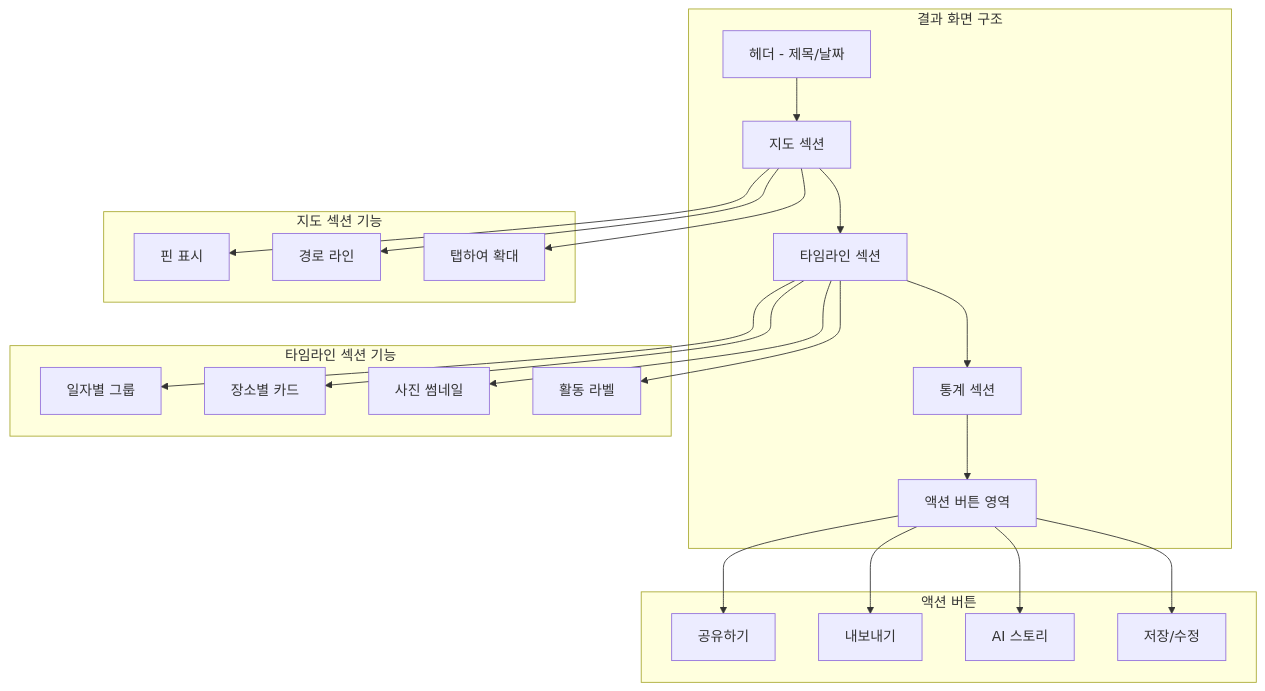
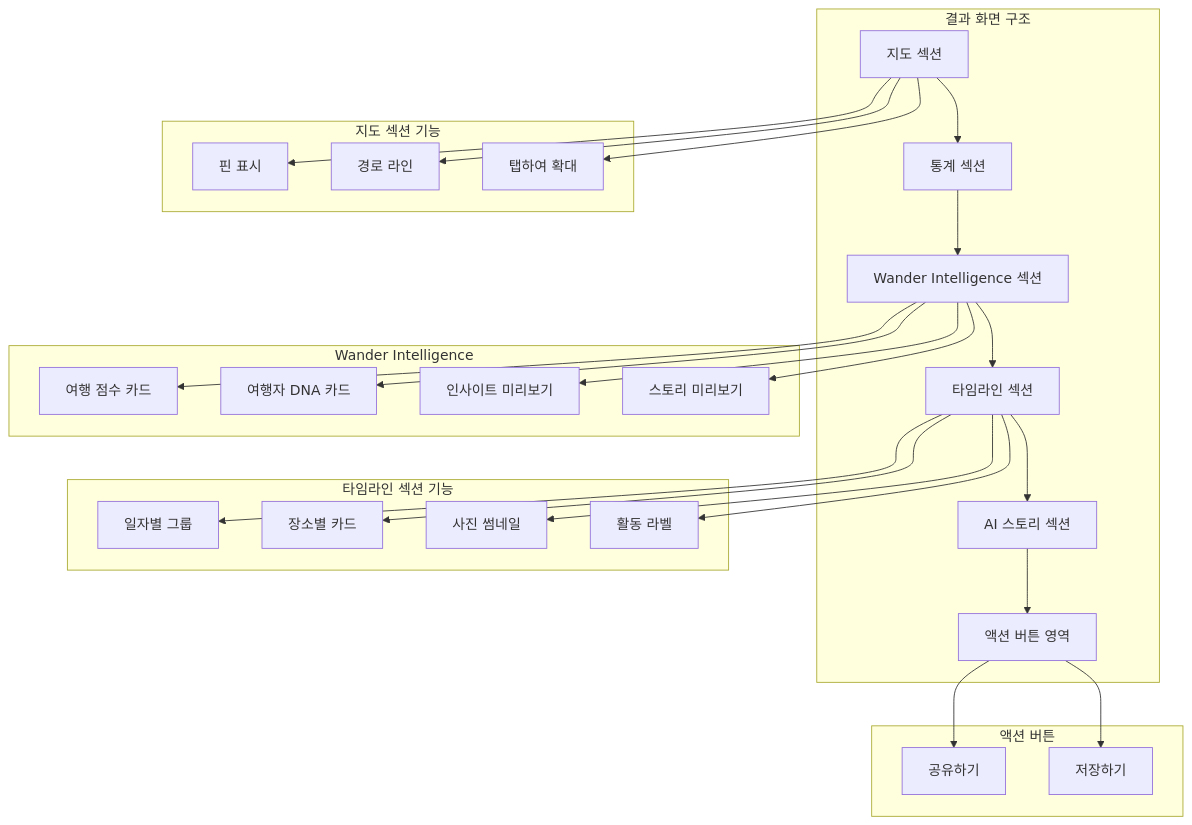
Diagram 13 of 44 in Ref-Concepts/wander_ui_scenario.md (leonardo204/Wander), drawn with Mermaid before and after one commit. The commit also changed other lines of this file and 22 other files, not shown here.

````diff
--- a/Ref-Concepts/wander_ui_scenario.md
+++ b/Ref-Concepts/wander_ui_scenario.md
@@ -973,35 +983,42 @@
 ```mermaid
 graph TB
     subgraph "결과 화면 구조"
-        A[헤더 - 제목/날짜]
-        B[지도 섹션]
-        C[타임라인 섹션]
-        D[통계 섹션]
-        E[액션 버튼 영역]
+        A[지도 섹션]
+        B[통계 섹션]
+        C[Wander Intelligence 섹션]
+        D[타임라인 섹션]
+        E[AI 스토리 섹션]
+        F[액션 버튼 영역]
     end
 
     A --> B
     B --> C
     C --> D
     D --> E
+    E --> F
 
     subgraph "지도 섹션 기능"
-        B --> B1[핀 표시]
-        B --> B2[경로 라인]
-        B --> B3[탭하여 확대]
+        A --> A1[핀 표시]
+        A --> A2[경로 라인]
+        A --> A3[탭하여 확대]
+    end
+
+    subgraph "Wander Intelligence"
+        C --> C1[여행 점수 카드]
+        C --> C2[여행자 DNA 카드]
+        C --> C3[인사이트 미리보기]
+        C --> C4[스토리 미리보기]
     end
 
     subgraph "타임라인 섹션 기능"
-        C --> C1[일자별 그룹]
-        C --> C2[장소별 카드]
-        C --> C3[사진 썸네일]
-        C --> C4[활동 라벨]
+        D --> D1[일자별 그룹]
+        D --> D2[장소별 카드]
+        D --> D3[사진 썸네일]
+        D --> D4[활동 라벨]
     end
 
     subgraph "액션 버튼"
-        E --> E1[공유하기]
-        E --> E2[내보내기]
-        E --> E3[AI 스토리]
-        E --> E4[저장/수정]
+        F --> F1[공유하기]
+        F --> F2[저장하기]
     end
 ```
````
